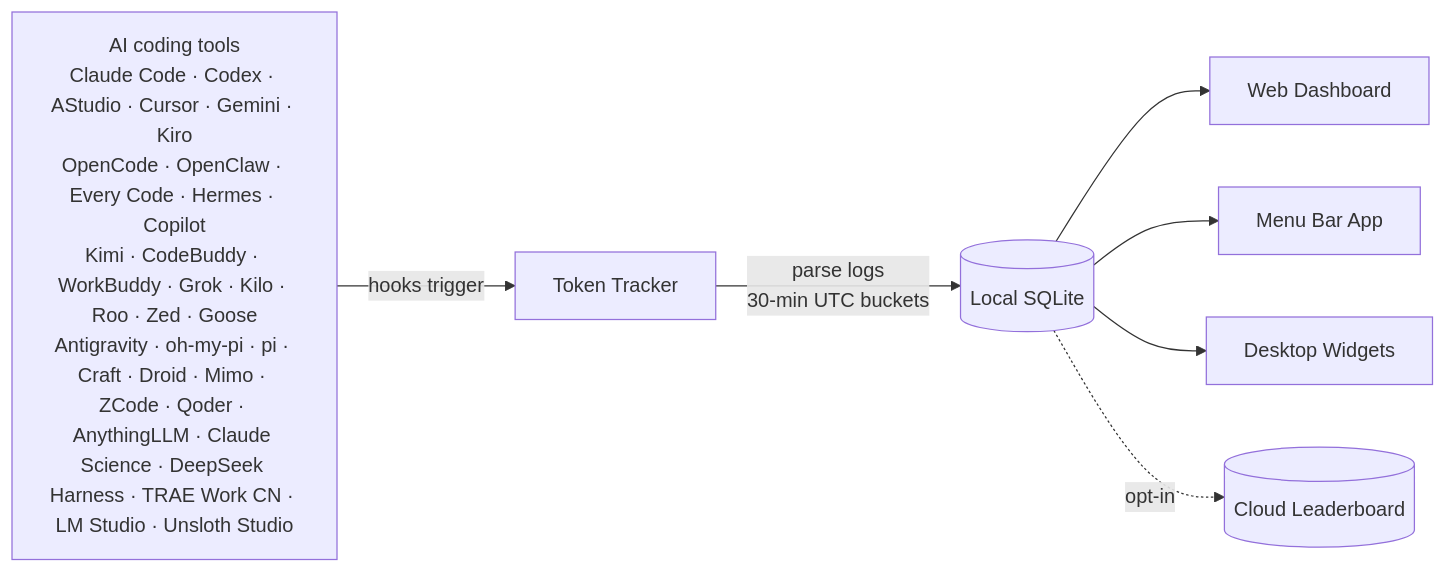
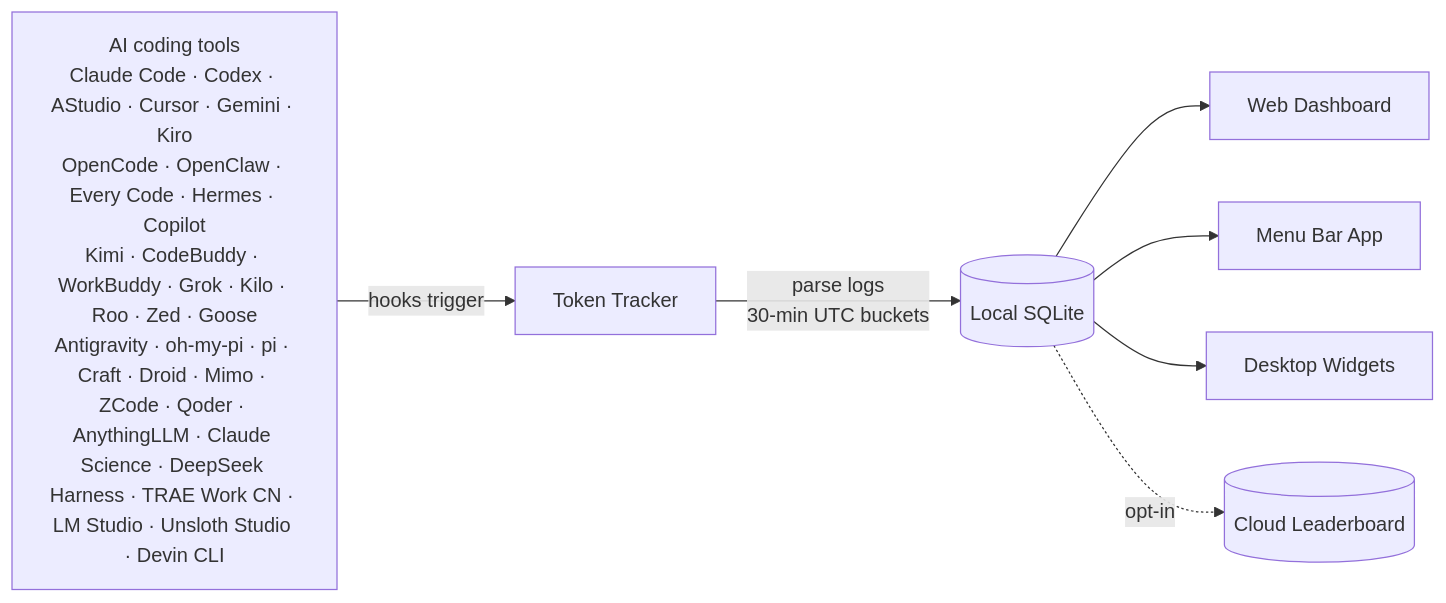
The diagram in README.ja.md (GboyCode/TokenTracker), drawn with Mermaid before and after one commit. The commit also changed other lines of this file and 22 other files, not shown here.

First line of the commit message:
feat: track local Devin CLI token usage as a passive source

````diff
--- a/README.ja.md
+++ b/README.ja.md
@@ -241,10 +242,10 @@
 ```mermaid
 flowchart LR
-    A["AI coding tools<br/>Claude Code · Codex · AStudio · Cursor · Gemini · Kiro<br/>OpenCode · OpenClaw · Every Code · Hermes · Copilot<br/>Kimi · CodeBuddy · WorkBuddy · Grok · Kilo · Roo · Zed · Goose<br/>Antigravity · oh-my-pi · pi · Craft · Droid · Mimo · ZCode · Qoder · AnythingLLM · Claude Science · DeepSeek Harness · TRAE Work CN · LM Studio · Unsloth Studio"]
+    A["AI coding tools<br/>Claude Code · Codex · AStudio · Cursor · Gemini · Kiro<br/>OpenCode · OpenClaw · Every Code · Hermes · Copilot<br/>Kimi · CodeBuddy · WorkBuddy · Grok · Kilo · Roo · Zed · Goose<br/>Antigravity · oh-my-pi · pi · Craft · Droid · Mimo · ZCode · Qoder · AnythingLLM · Claude Science · DeepSeek Harness · TRAE Work CN · LM Studio · Unsloth Studio · Devin CLI"]
     A -->|hooks trigger| B[Token Tracker]
     B -->|parse logs<br/>30-min UTC buckets| C[(Local SQLite)]
     C --> D[Web Dashboard]
     C --> E[Menu Bar App]
     C --> F[Desktop Widgets]
     C -.->|opt-in| G[(Cloud Leaderboard)]
 ```
````
